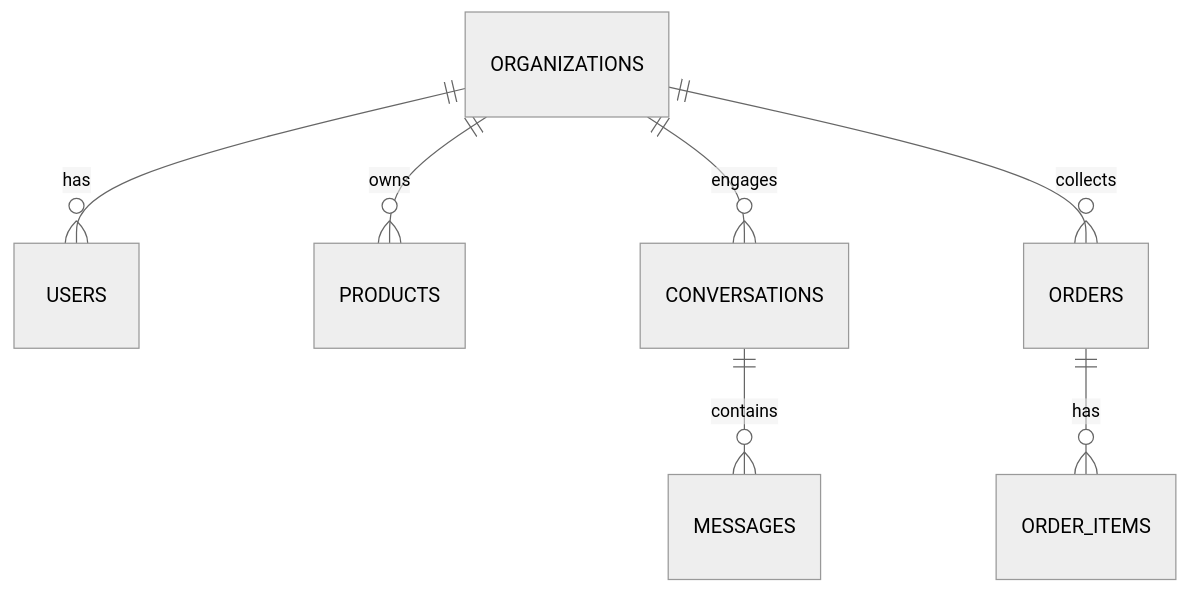
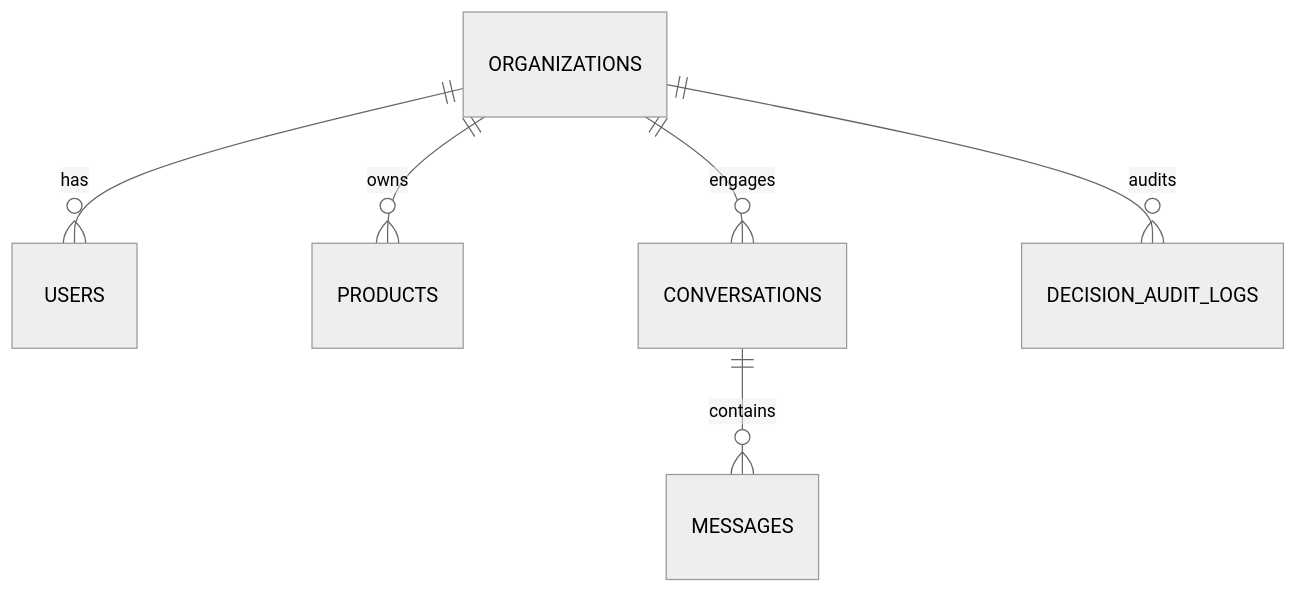
One commit to KiranJinka45/WhatsappSalesExecutive changed the first of 2 diagrams in docs/current-architecture.md. Above: the diagram before and after it, drawn with Mermaid (neutral theme). The commit also changed other lines of this file and 21 other files, not shown here.

````diff
--- a/docs/current-architecture.md
+++ b/docs/current-architecture.md
@@ -7,9 +31,8 @@
 ```mermaid
 erDiagram
     ORGANIZATIONS ||--o{ USERS : "has"
     ORGANIZATIONS ||--o{ PRODUCTS : "owns"
     ORGANIZATIONS ||--o{ CONVERSATIONS : "engages"
     CONVERSATIONS ||--o{ MESSAGES : "contains"
-    ORGANIZATIONS ||--o{ ORDERS : "collects"
-    ORDERS ||--o{ ORDER_ITEMS : "has"
+    ORGANIZATIONS ||--o{ DECISION_AUDIT_LOGS : "audits"
 ```
````
